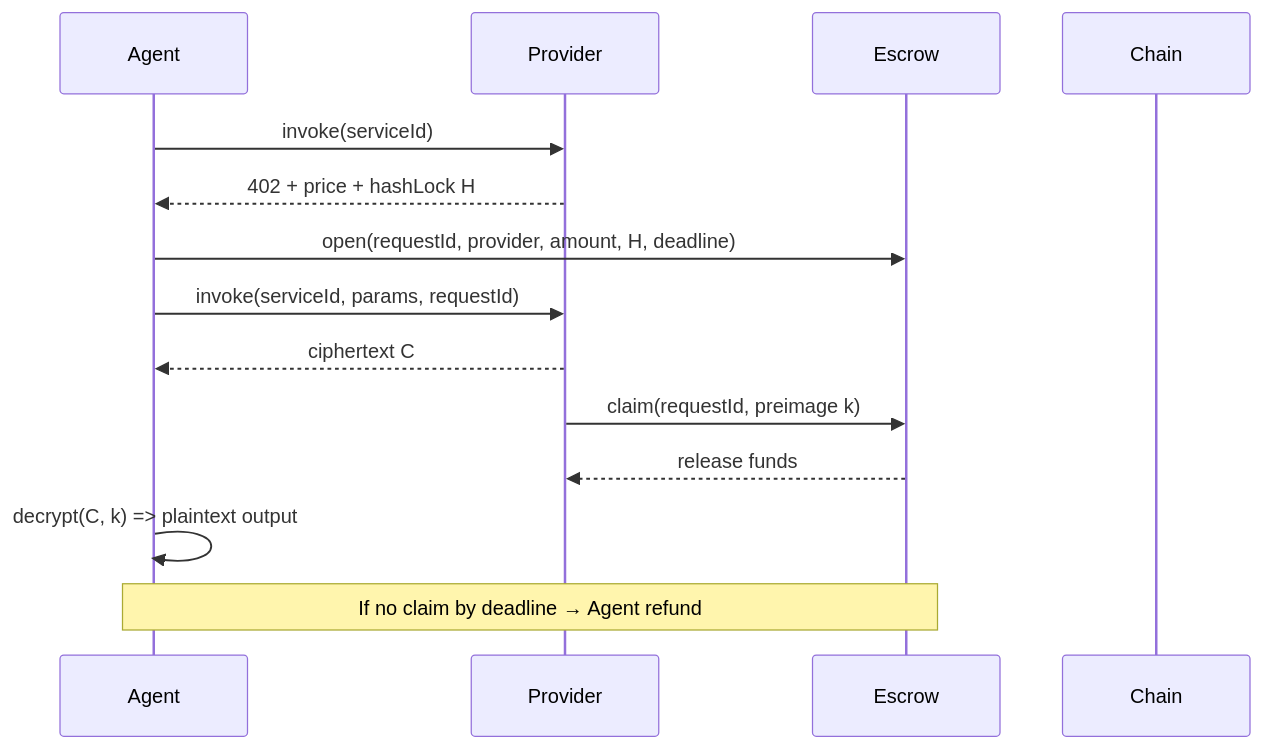
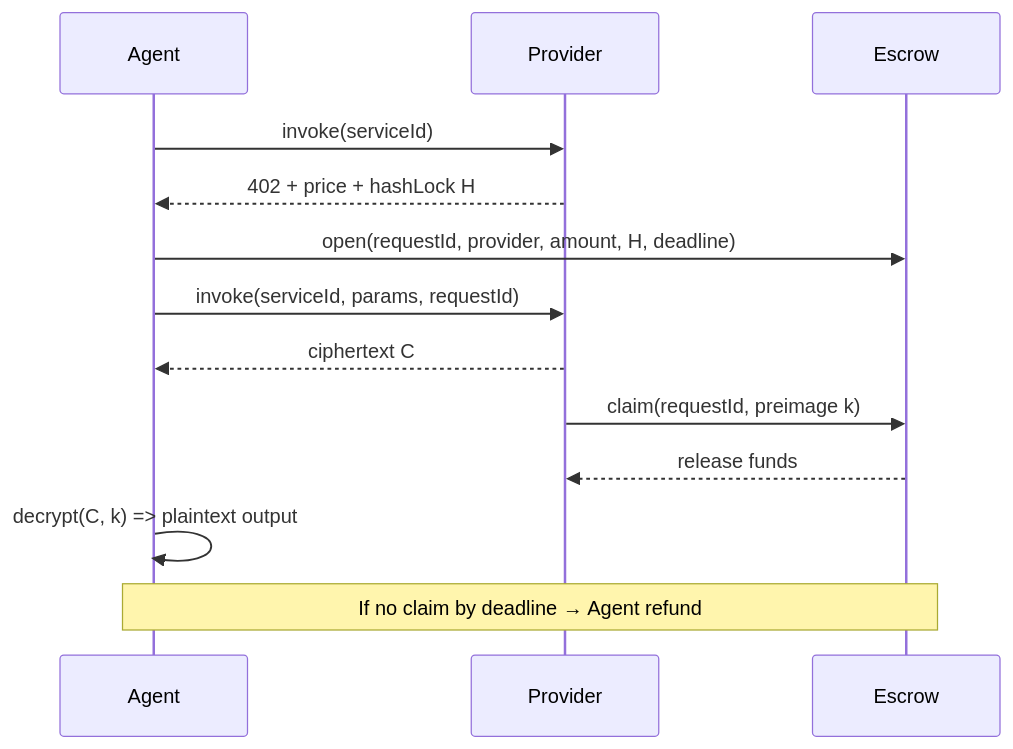
The second of 2 diagrams in memory-bank/prd.md (ccclucky/neuro-stream), drawn with Mermaid before and after one commit. The commit also changed other lines of this file and 5 other files, not shown here.

First line of the commit message:
docs: update all documentation for v3 Gateway architecture

````diff
--- a/memory-bank/prd.md
+++ b/memory-bank/prd.md
@@ -185,21 +216,20 @@
 ```mermaid
 sequenceDiagram
     participant Agent
     participant Provider
     participant Escrow
-    participant Chain
 
     Agent->>Provider: invoke(serviceId)
     Provider-->>Agent: 402 + price + hashLock H
 
     Agent->>Escrow: open(requestId, provider, amount, H, deadline)
     Agent->>Provider: invoke(serviceId, params, requestId)
 
     Provider-->>Agent: ciphertext C
     Provider->>Escrow: claim(requestId, preimage k)
 
     Escrow-->>Provider: release funds
     Agent->>Agent: decrypt(C, k) => plaintext output
 
     Note over Agent,Escrow: If no claim by deadline → Agent refund
 ```
````
